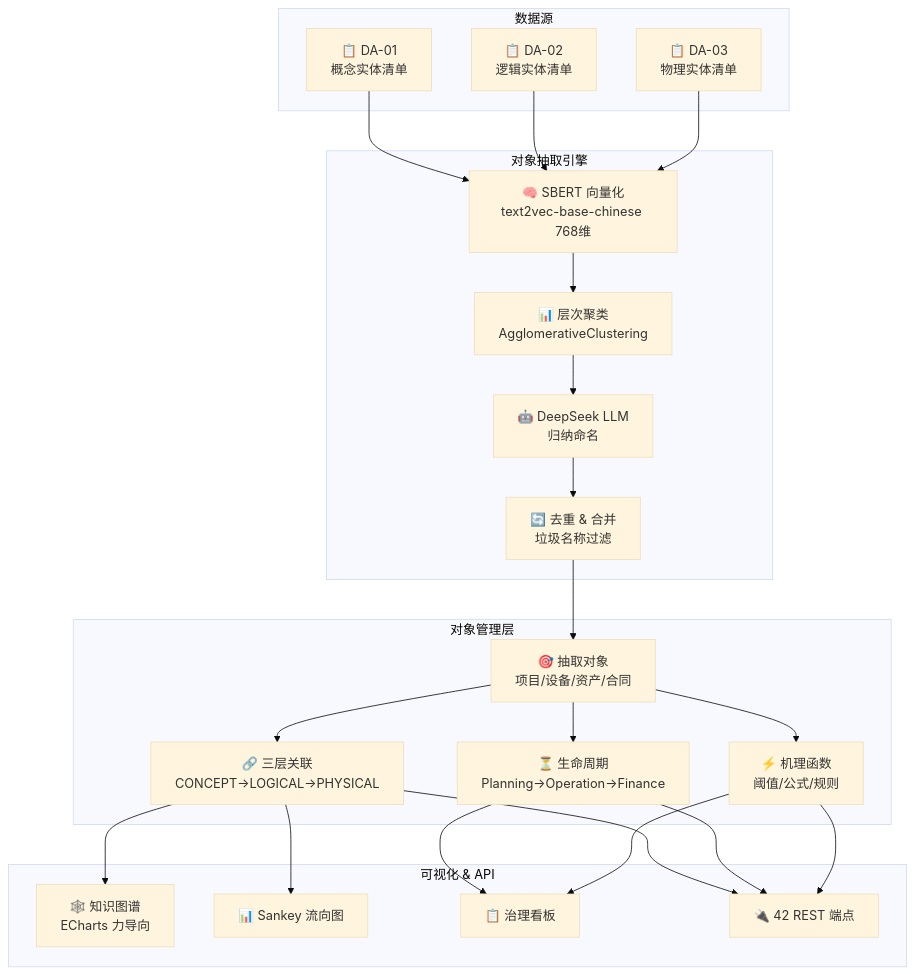
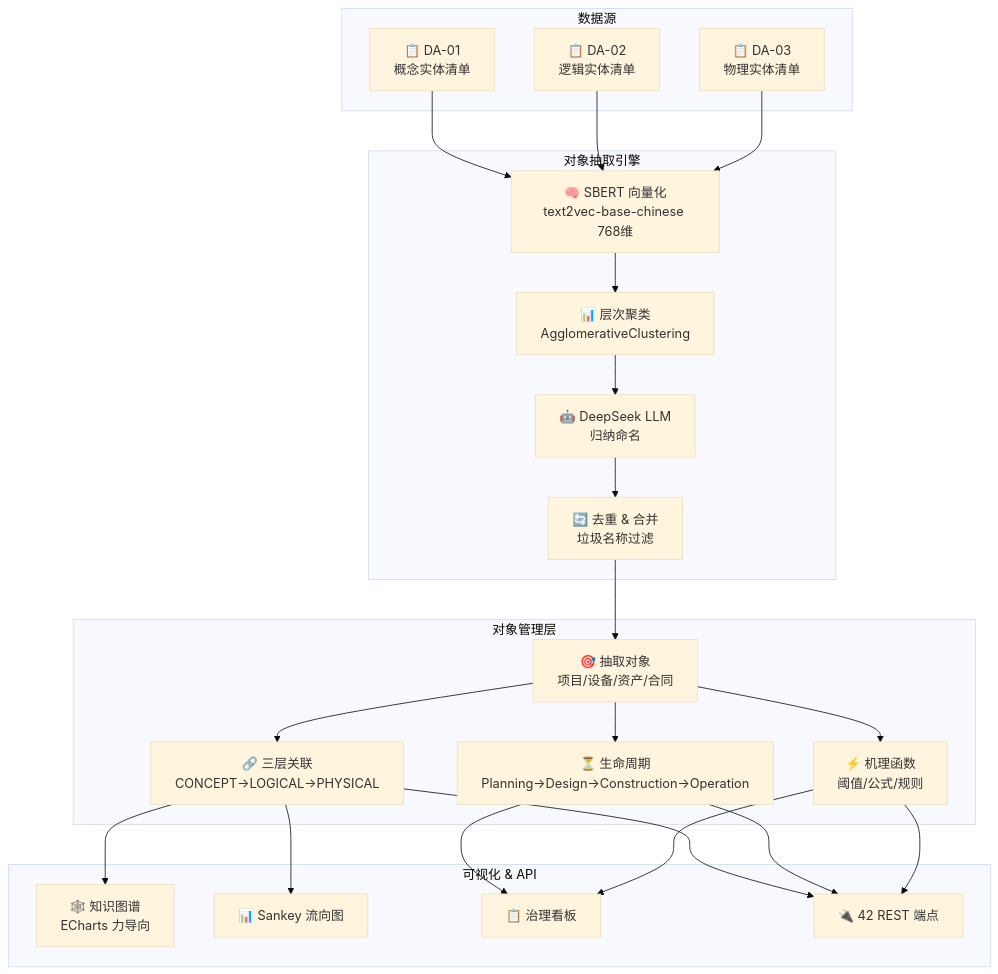
Before and after one commit to qqyjx/YIMO: the first of 5 diagrams in README.md, drawn with Mermaid (base theme). The commit also changed other lines of this file and 7 other files, not shown here.

````diff
--- a/README.md
+++ b/README.md
@@ -18,35 +18,35 @@
 ```mermaid
 graph TB
     subgraph 数据源
         E1["📋 DA-01<br/>概念实体清单"]
         E2["📋 DA-02<br/>逻辑实体清单"]
         E3["📋 DA-03<br/>物理实体清单"]
     end
 
     subgraph 对象抽取引擎
         SBERT["🧠 SBERT 向量化<br/>text2vec-base-chinese 768维"]
         CLUSTER["📊 层次聚类<br/>AgglomerativeClustering"]
         LLM["🤖 DeepSeek LLM<br/>归纳命名"]
         DEDUP["🔄 去重 & 合并<br/>垃圾名称过滤"]
     end
 
     subgraph 对象管理层
         OBJ["🎯 抽取对象<br/>项目/设备/资产/合同"]
         REL["🔗 三层关联<br/>CONCEPT→LOGICAL→PHYSICAL"]
-        LC["⏳ 生命周期<br/>Planning→Operation→Finance"]
+        LC["⏳ 生命周期<br/>Planning→Design→Construction→Operation"]
         MF["⚡ 机理函数<br/>阈值/公式/规则"]
     end
 
     subgraph 可视化 & API
         KG["🕸️ 知识图谱<br/>ECharts 力导向"]
         SANKEY["📊 Sankey 流向图"]
         GOV["📋 治理看板"]
         API["🔌 42 REST 端点"]
     end
 
     E1 & E2 & E3 --> SBERT --> CLUSTER --> LLM --> DEDUP --> OBJ
     OBJ --> REL --> KG & SANKEY
     OBJ --> LC --> GOV
     OBJ --> MF --> GOV
     REL & LC & MF --> API
 ```
````
